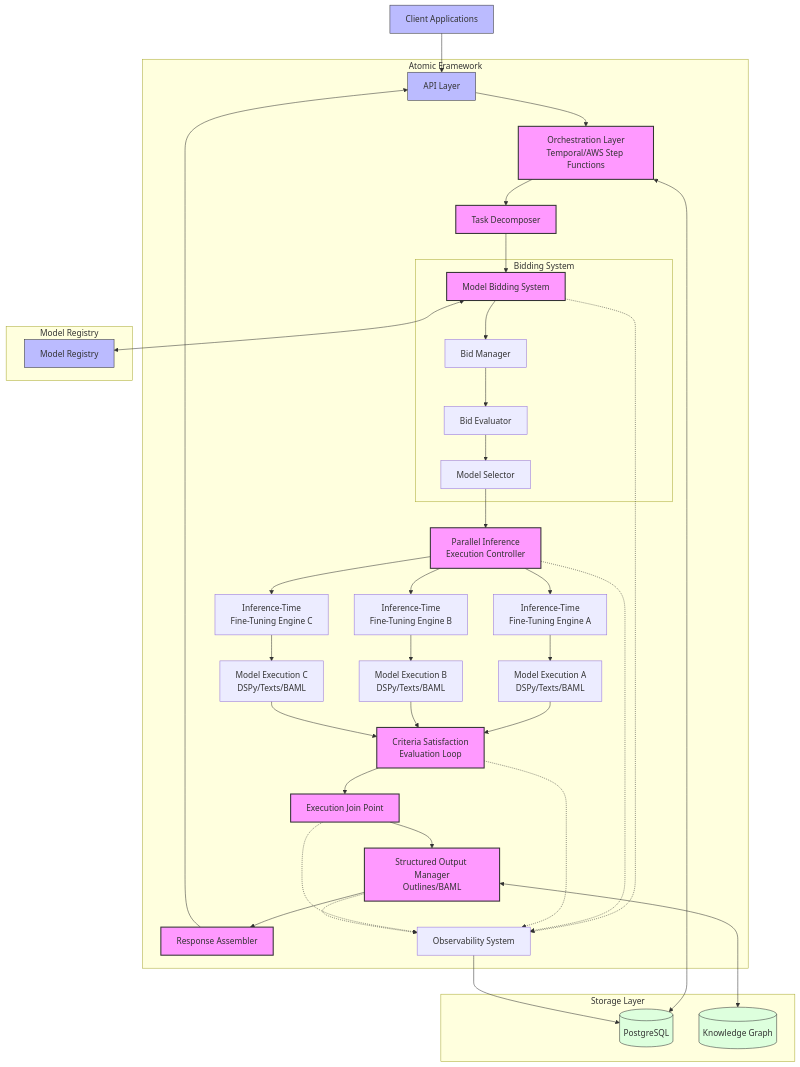
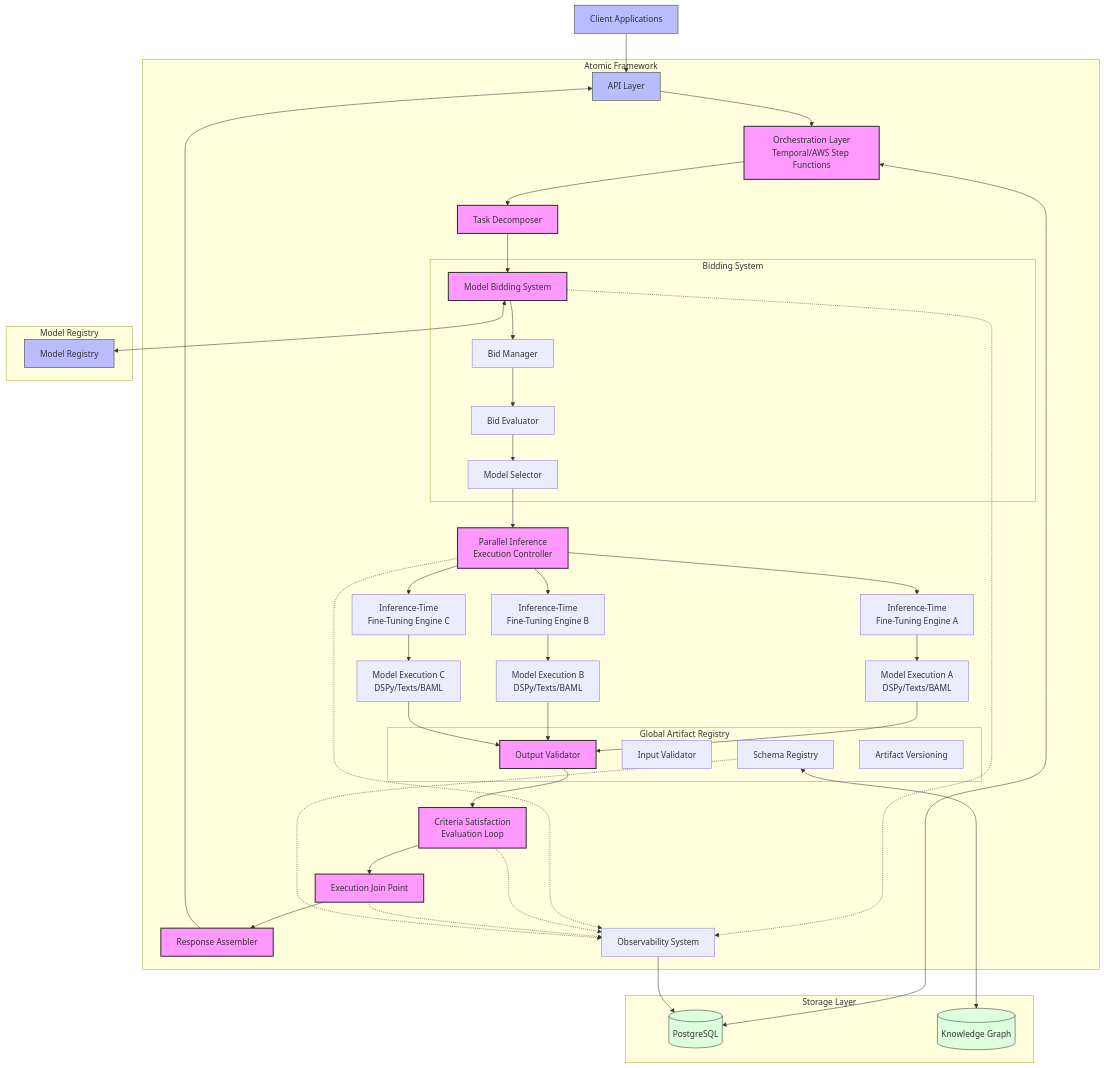
One commit to andrewhopper/atomic changed the first of 2 diagrams in readme.md. Above: the diagram before and after it, drawn with Mermaid. The commit also changed other lines of this file, not shown here.

```diff
--- a/readme.md
+++ b/readme.md
@@ -39,6 +39,14 @@
         %% Task Processing Flow
         Orchestration --> TaskDecomposer[Task Decomposer]
         TaskDecomposer --> BiddingSystem[Model Bidding System]
+        
+        %% Schema Registry & Validation
+        subgraph "Global Artifact Registry"
+            SchemaRegistry[Schema Registry]
+            InputValidator[Input Validator]
+            OutputValidator[Output Validator]
+            ArtifactVersioning[Artifact Versioning]
+        end
         
         %% Bidding System Components
         subgraph "Bidding System"
@@ -59,24 +67,26 @@
         FineTuningB --> ModelExecutionB[Model Execution B<br>DSPy/Texts/BAML]
         FineTuningC --> ModelExecutionC[Model Execution C<br>DSPy/Texts/BAML]
         
+        %% Schema Validation Flow
+        ModelExecutionA --> OutputValidator
+        ModelExecutionB --> OutputValidator
+        ModelExecutionC --> OutputValidator
+        
         %% Criteria Evaluation Loop
-        ModelExecutionA --> CriteriaEvaluator[Criteria Satisfaction<br>Evaluation Loop]
-        ModelExecutionB --> CriteriaEvaluator
-        ModelExecutionC --> CriteriaEvaluator
+        OutputValidator --> CriteriaEvaluator[Criteria Satisfaction<br>Evaluation Loop]
         
         %% Join Point
         CriteriaEvaluator --> JoinPoint[Execution Join Point]
         
         %% Output Processing
-        JoinPoint --> OutputValidator[Structured Output Manager<br>Outlines/BAML]
-        OutputValidator --> ResponseAssembler[Response Assembler]
+        JoinPoint --> ResponseAssembler[Response Assembler]
         
         %% Observability
         BiddingSystem -.-> Observability[Observability System]
         ParallelExecution -.-> Observability
         CriteriaEvaluator -.-> Observability
         JoinPoint -.-> Observability
-        OutputValidator -.-> Observability
+        SchemaRegistry -.-> Observability
     end
     
     %% External Components
@@ -92,7 +102,7 @@
     %% Connections to External Components
     BiddingSystem <--> ModelRegistry
     Orchestration <--> Database
-    OutputValidator <--> KnowledgeGraph
+    SchemaRegistry <--> KnowledgeGraph
     Observability --> Database
     
     %% Final Output
```
